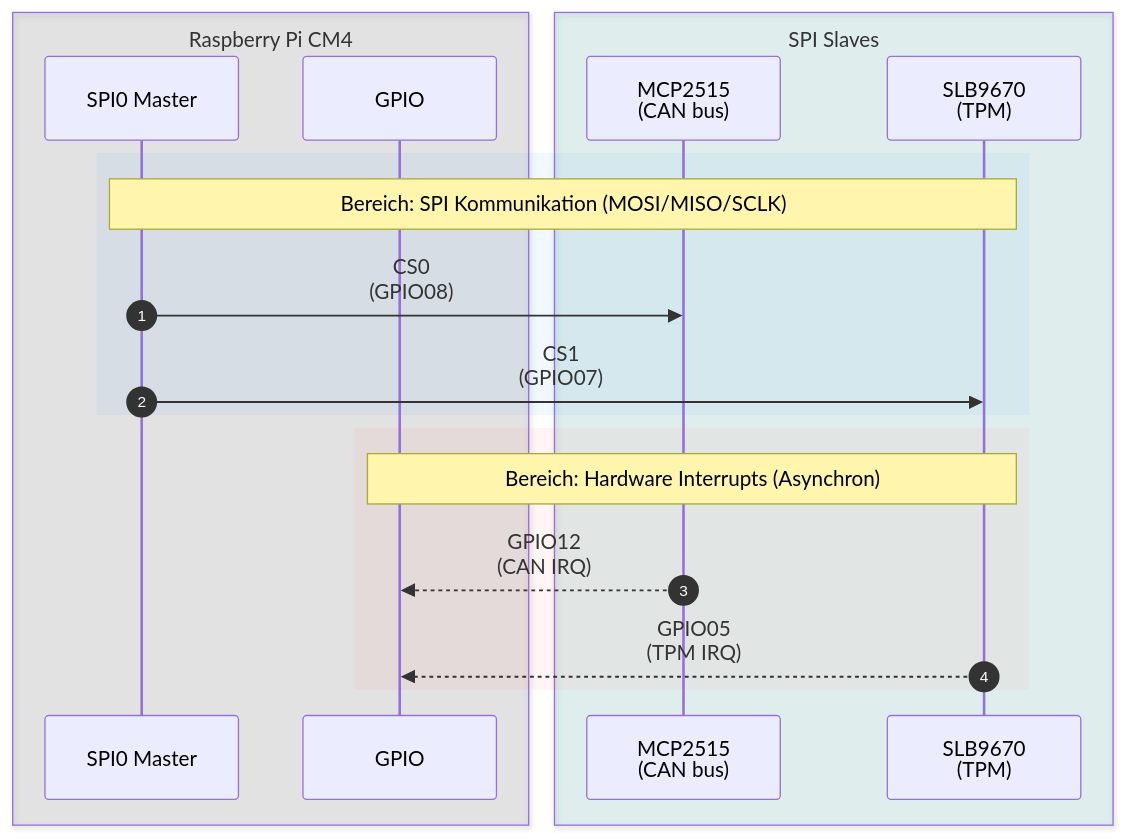
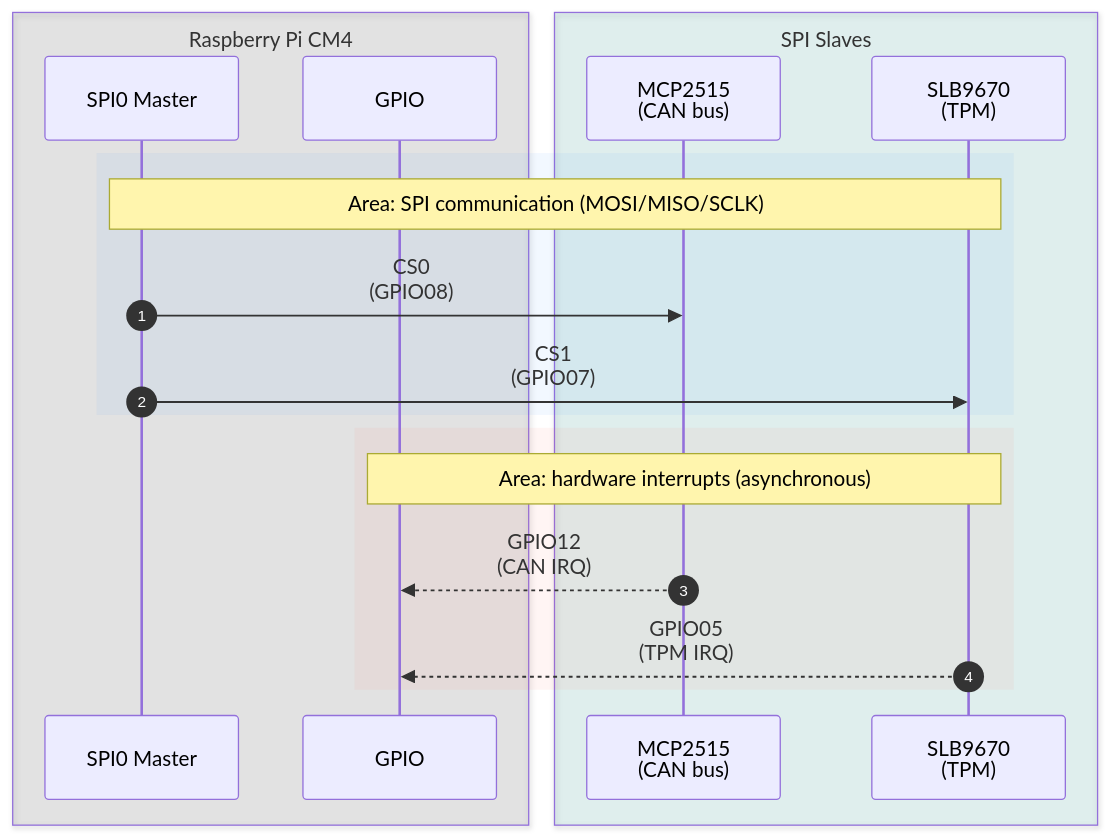
The second of 3 diagrams in docs/hardware/M40804W_MAX.md (bynacon/meta-modberry), drawn with Mermaid before and after one commit. The commit also changed other lines of this file and 1 other file, not shown here.

Commit message:
docs(hw): translate hardware specification to English

````diff
--- a/docs/hardware/M40804W_MAX.md
+++ b/docs/hardware/M40804W_MAX.md
@@ -149,30 +149,30 @@
 ```mermaid
 sequenceDiagram
     autonumber
 
-    %% OBERER BLOCK: CONTROLLER
+    %% UPPER BLOCK: CONTROLLER
     box rgba(34, 34, 34, 0.1) Raspberry Pi CM4
         participant SPI0 as SPI0 Master
         participant IRQ as GPIO
     end
 
-    %% UNTERER BLOCK: PERIPHERIE
+    %% LOWER BLOCK: PERIPHERALS
     box rgba(0, 150, 136, 0.1) SPI Slaves
         participant MCP2515 as MCP2515<br/>(CAN bus)
         participant SLB9670 as SLB9670<br/>(TPM)
     end
 
-    %% BEREICH 1: SPI KOMMUNIKATION
+    %% AREA 1: SPI COMMUNICATION
     rect rgba(0, 122, 255, 0.05)
-        Note over SPI0, SLB9670: Bereich: SPI Kommunikation (MOSI/MISO/SCLK)
+        Note over SPI0, SLB9670: Area: SPI communication (MOSI/MISO/SCLK)
         SPI0 ->> MCP2515: CS0<br/>(GPIO08)
         SPI0 ->> SLB9670: CS1<br/>(GPIO07)
     end
 
-    %% BEREICH 2: INTERRUPT SIGNALE
+    %% AREA 2: INTERRUPT SIGNALS
     rect rgba(255, 59, 48, 0.05)
-        Note over IRQ, SLB9670: Bereich: Hardware Interrupts (Asynchron)
+        Note over IRQ, SLB9670: Area: hardware interrupts (asynchronous)
         MCP2515 -->> IRQ: GPIO12<br/>(CAN IRQ)
         SLB9670 -->> IRQ: GPIO05<br/>(TPM IRQ)
     end
 ```
````
